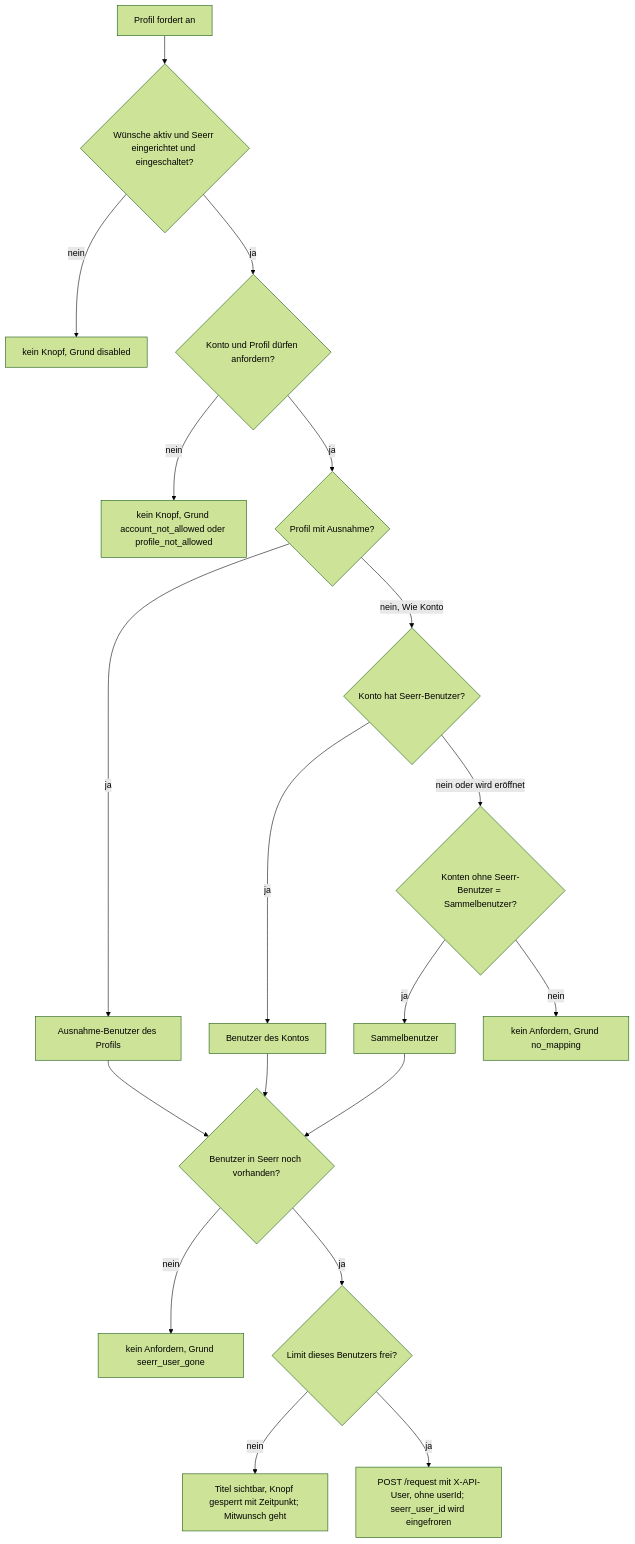
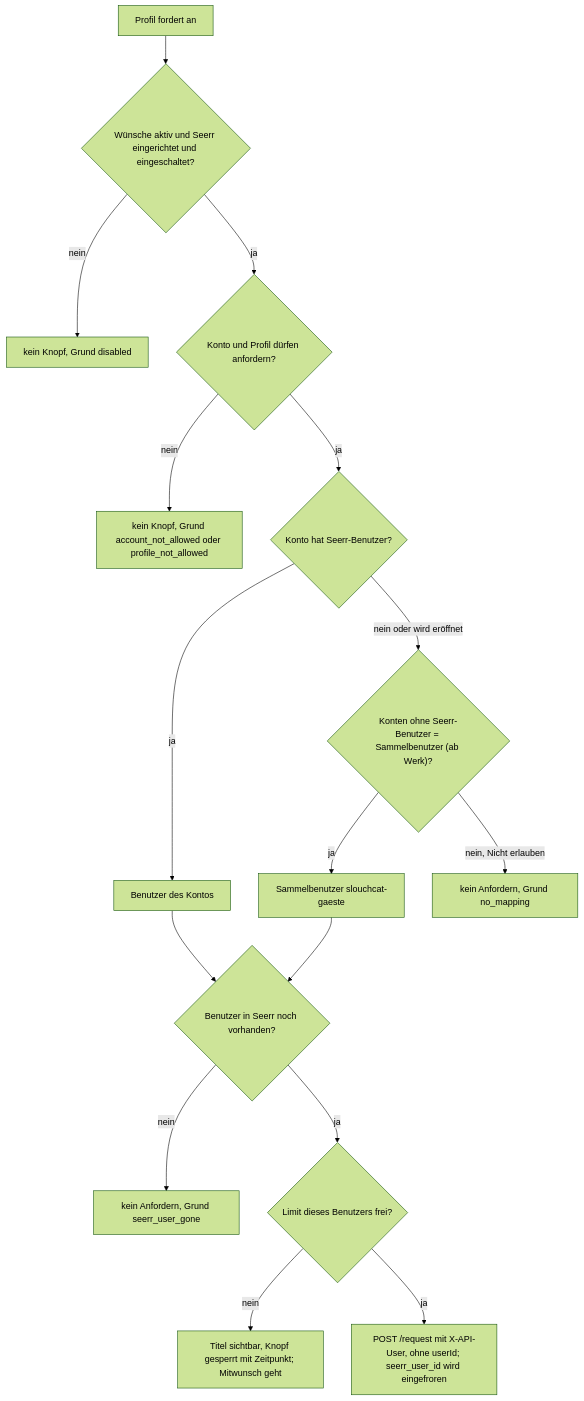
Before and after one commit to SlouchCat/slouchcat: the first of 2 diagrams in docs/planning/25-medienwuensche/04-benutzer-profilmapping.md, drawn with Mermaid (forest theme). The commit also changed other lines of this file and 11 other files, not shown here.

````diff
--- a/docs/planning/25-medienwuensche/04-benutzer-profilmapping.md
+++ b/docs/planning/25-medienwuensche/04-benutzer-profilmapping.md
@@ -204,21 +212,18 @@
 ```mermaid
 flowchart TD
   A["Profil fordert an"] --> B{"Wünsche aktiv und Seerr eingerichtet und eingeschaltet?"}
   B -- "nein" --> X1["kein Knopf, Grund disabled"]
   B -- "ja" --> C{"Konto und Profil dürfen anfordern?"}
   C -- "nein" --> X2["kein Knopf, Grund account_not_allowed oder profile_not_allowed"]
-  C -- "ja" --> D{"Profil mit Ausnahme?"}
-  D -- "ja" --> U1["Ausnahme-Benutzer des Profils"]
-  D -- "nein, Wie Konto" --> E{"Konto hat Seerr-Benutzer?"}
+  C -- "ja" --> E{"Konto hat Seerr-Benutzer?"}
   E -- "ja" --> U2["Benutzer des Kontos"]
-  E -- "nein oder wird eröffnet" --> F{"Konten ohne Seerr-Benutzer = Sammelbenutzer?"}
-  F -- "ja" --> U3["Sammelbenutzer"]
-  F -- "nein" --> X3["kein Anfordern, Grund no_mapping"]
-  U1 --> G{"Benutzer in Seerr noch vorhanden?"}
-  U2 --> G
+  E -- "nein oder wird eröffnet" --> F{"Konten ohne Seerr-Benutzer = Sammelbenutzer (ab Werk)?"}
+  F -- "ja" --> U3["Sammelbenutzer slouchcat-gaeste"]
+  F -- "nein, Nicht erlauben" --> X3["kein Anfordern, Grund no_mapping"]
+  U2 --> G{"Benutzer in Seerr noch vorhanden?"}
   U3 --> G
   G -- "nein" --> X4["kein Anfordern, Grund seerr_user_gone"]
   G -- "ja" --> L{"Limit dieses Benutzers frei?"}
   L -- "nein" --> X5["Titel sichtbar, Knopf gesperrt mit Zeitpunkt; Mitwunsch geht"]
   L -- "ja" --> H["POST /request mit X-API-User, ohne userId; seerr_user_id wird eingefroren"]
 ```
````
